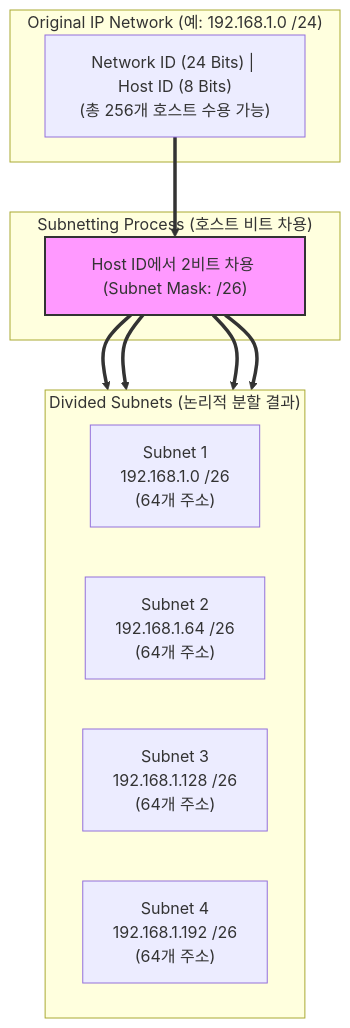
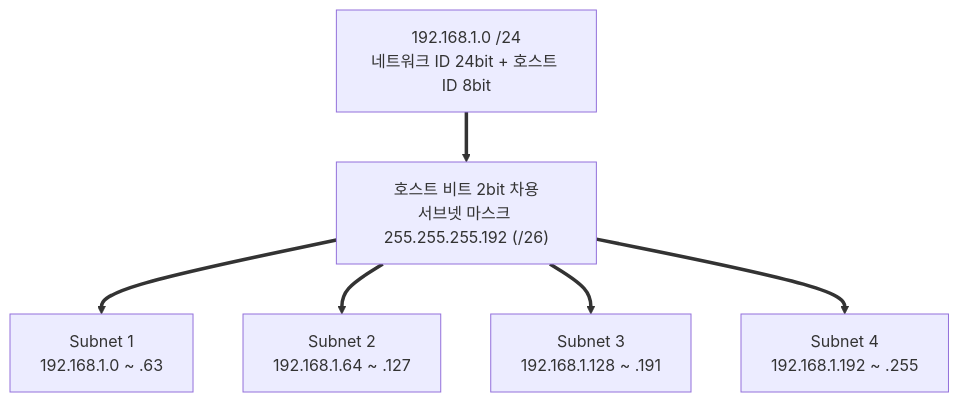
Before and after one commit to supremethumb/supremethumb.github.io: the diagram in content/01_IT Tech/Subnetting (서브네팅).md, drawn with Mermaid. The commit also changed other lines of this file and 1087 other files, not shown here.

````diff
--- a/content/01_IT Tech/Subnetting (서브네팅).md
+++ b/content/01_IT Tech/Subnetting (서브네팅).md
@@ -29,27 +36,10 @@
 ```mermaid
 flowchart TB
-    subgraph Original["Original IP Network (예: 192.168.1.0 /24)"]
-        IP_Struct["Network ID (24 Bits) | Host ID (8 Bits)<br/>(총 256개 호스트 수용 가능)"]
-    end
-
-    subgraph Subnetting["Subnetting Process (호스트 비트 차용)"]
-        Borrow["Host ID에서 2비트 차용 (Subnet Mask: /26)"]
-    end
-
-    subgraph Result["Divided Subnets (논리적 분할 결과)"]
-        direction LR
-        S1["Subnet 1<br/>192.168.1.0 /26<br/>(64개 주소)"]
-        S2["Subnet 2<br/>192.168.1.64 /26<br/>(64개 주소)"]
-        S3["Subnet 3<br/>192.168.1.128 /26<br/>(64개 주소)"]
-        S4["Subnet 4<br/>192.168.1.192 /26<br/>(64개 주소)"]
-    end
-
-    IP_Struct ==> Borrow
-    Borrow ==> S1
-    Borrow ==> S2
-    Borrow ==> S3
-    Borrow ==> S4
-
-    style Borrow fill:#f9f,stroke:#333,stroke-width:2px
-
+    A["192.168.1.0 /24<br/>네트워크 ID 24bit + 호스트 ID 8bit"]
+    B["호스트 비트 2bit 차용<br/>서브넷 마스크 255.255.255.192 (/26)"]
+    A ==> B
+    B ==> S1["Subnet 1<br/>192.168.1.0 ~ .63"]
+    B ==> S2["Subnet 2<br/>192.168.1.64 ~ .127"]
+    B ==> S3["Subnet 3<br/>192.168.1.128 ~ .191"]
+    B ==> S4["Subnet 4<br/>192.168.1.192 ~ .255"]
 ```
````
